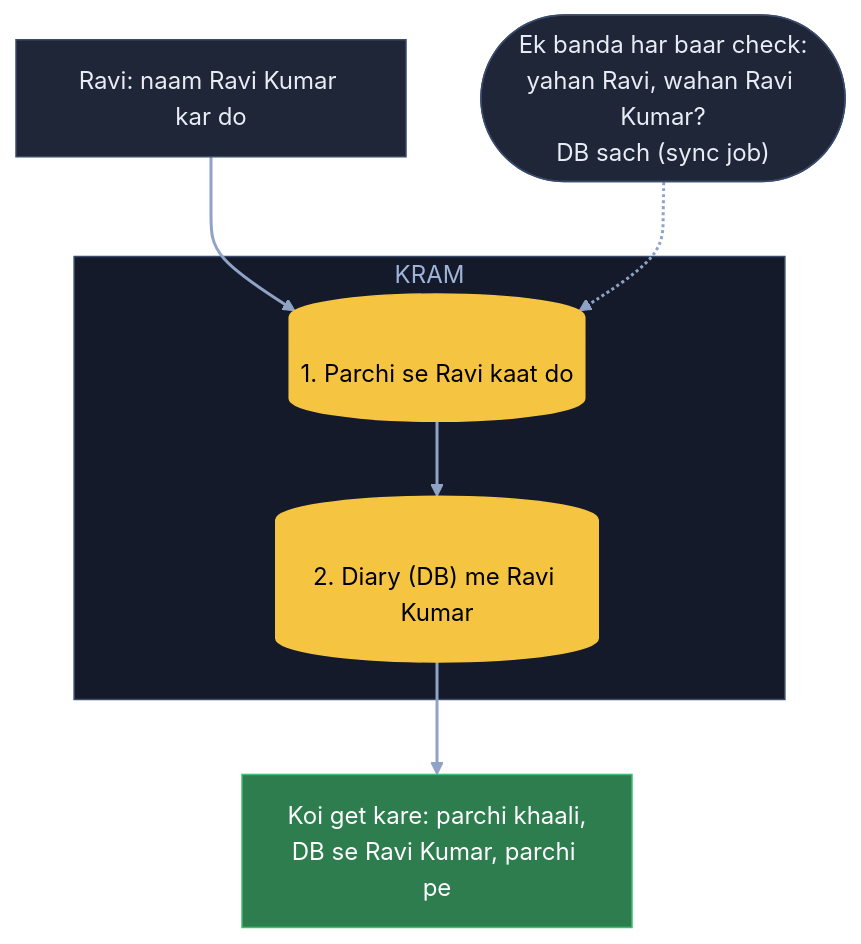
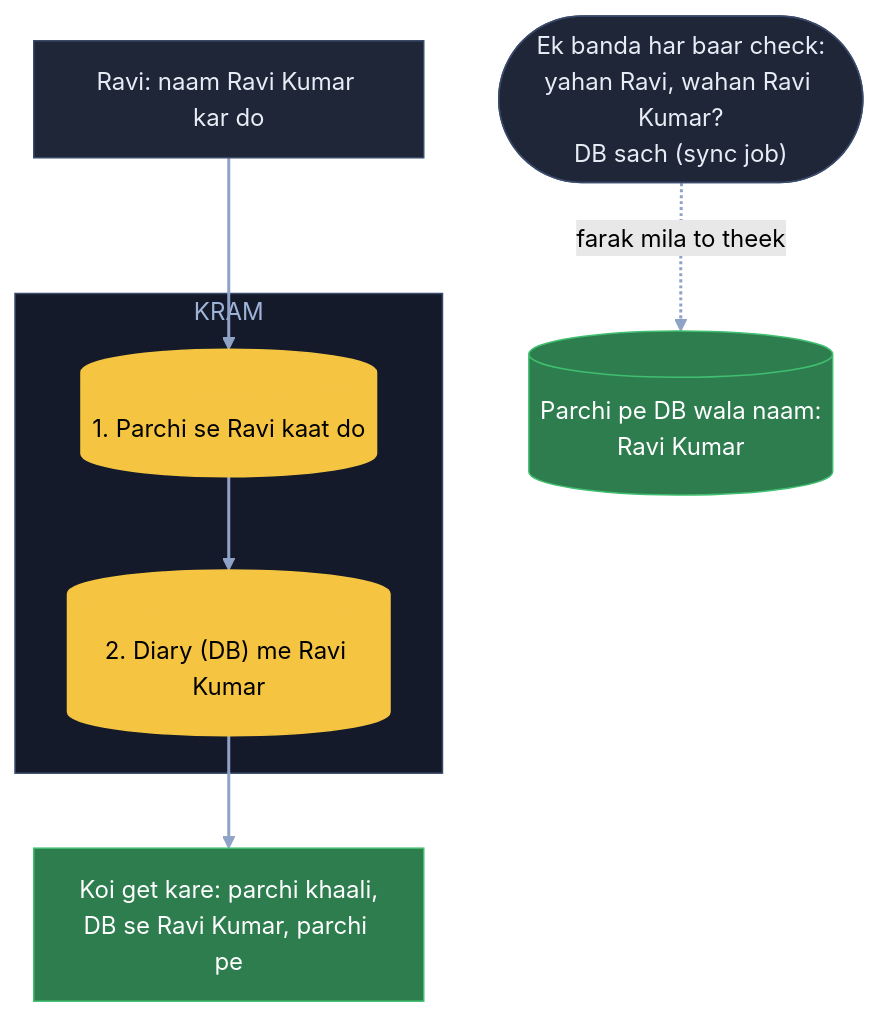
One commit to ArpanMaheshwari144/Prep changed the fourth of 6 diagrams in 04_HLD/SYSTEM_DESIGNS/10_distributed_cache/10_distributed_cache.md. Above: the diagram before and after it, drawn with Mermaid (forest theme). The commit also changed 4 other files, not shown here.

Commit message:
HLD audit 06-11: BMS 6e (30-55 sec ghadi se seat chhooti, parchi ki umar nahi), Payment 11 diagram (naa = kata hi nahi) + 11b hawala saaf, Cache 5 sync job ka teer

````diff
--- a/04_HLD/SYSTEM_DESIGNS/10_distributed_cache/10_distributed_cache.md
+++ b/04_HLD/SYSTEM_DESIGNS/10_distributed_cache/10_distributed_cache.md
@@ -189,20 +189,21 @@
 ```mermaid
 flowchart TB
     R["Ravi: naam Ravi Kumar kar do"]:::card
     subgraph KR["KRAM"]
         C[("1. Parchi se Ravi kaat do")]:::pill
         D[("2. Diary (DB) me Ravi Kumar")]:::pill
     end
     G["Koi get kare: parchi khaali,<br/>DB se Ravi Kumar, parchi pe"]:::good
     J(["Ek banda har baar check:<br/>yahan Ravi, wahan Ravi Kumar?<br/>DB sach (sync job)"]):::card
+    F[("Parchi pe DB wala naam:<br/>Ravi Kumar")]:::good
     R --> C
     C --> D
     D --> G
-    J -.-> C
+    J -. "farak mila to theek" .-> F
     linkStyle default stroke:#8fa3c7,stroke-width:2px
     classDef card fill:#1e2638,stroke:#3a4a6b,color:#e8ecf5
     classDef pill fill:#f5c542,stroke:#f5c542,color:#000
     classDef good fill:#2e7d4f,stroke:#3fbf6f,color:#fff
     classDef bad fill:#5c1f24,stroke:#e05561,color:#fff
     style KR fill:#141a29,stroke:#3a4a6b,color:#9fb3d9
 ```
````
